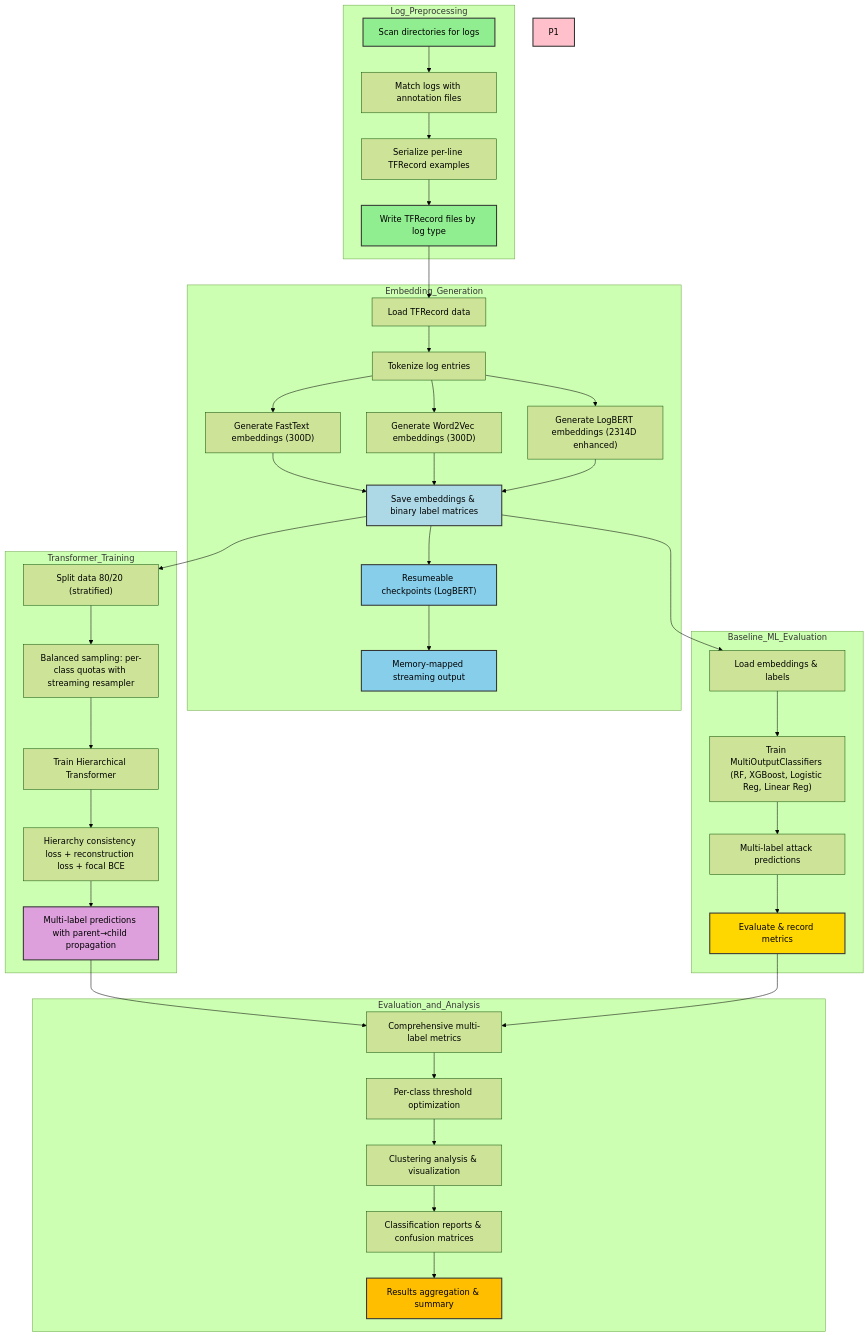
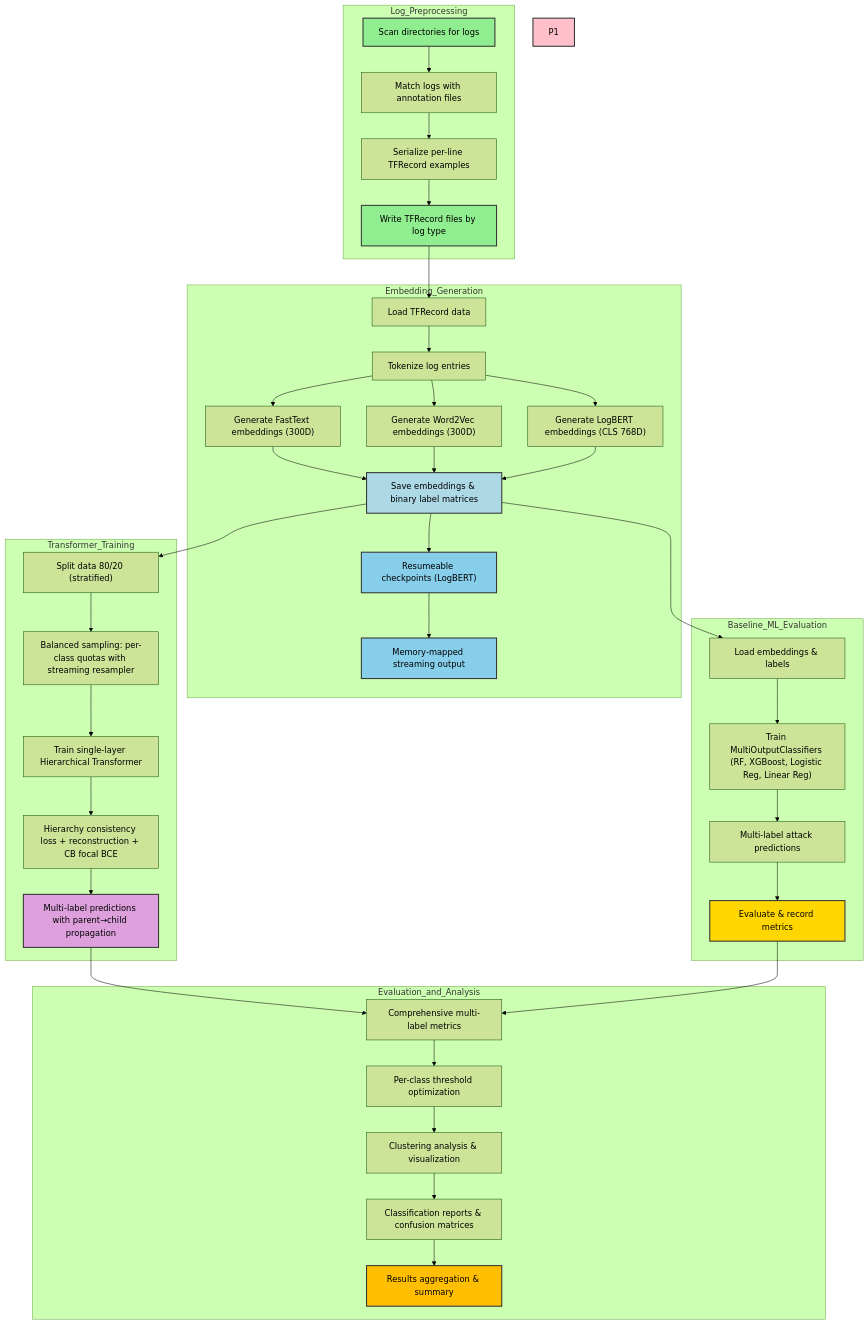
Before and after one commit to 365cent/LBAD: the diagram in Readme.md, drawn with Mermaid (forest theme). The commit also changed other lines of this file, not shown here.

Commit message:
docs: Update Readme to reflect enhancements in preprocessing, embedding generation, and transformer training, including adaptive resampling and project-local caching for improved performance and clarity

````diff
--- a/Readme.md
+++ b/Readme.md
@@ -16,56 +17,56 @@
 ```mermaid
 flowchart TD
     subgraph Log_Preprocessing
         A["Scan directories for logs"] --> B["Match logs with annotation files"]
         B --> C["Serialize per-line TFRecord examples"]
         C --> D["Write TFRecord files by log type"]
     end
 
     subgraph Embedding_Generation
         D --> E1["Load TFRecord data"]
         E1 --> F1["Tokenize log entries"]
         F1 --> G1["Generate FastText embeddings (300D)"]
         F1 --> G2["Generate Word2Vec embeddings (300D)"]
-        F1 --> G3["Generate LogBERT embeddings (2314D enhanced)"]
+        F1 --> G3["Generate LogBERT embeddings (CLS 768D)"]
         G1 --> H1["Save embeddings & binary label matrices"]
         G2 --> H1
         G3 --> H1
         H1 --> H2["Resumeable checkpoints (LogBERT)"]
         H2 --> H3["Memory-mapped streaming output"]
     end
 
     subgraph Transformer_Training
         H1 --> V1["Split data 80/20 (stratified)"]
         V1 --> V2["Balanced sampling: per-class quotas with streaming resampler"]
-        V2 --> V3["Train Hierarchical Transformer"]
-        V3 --> V4["Hierarchy consistency loss + reconstruction loss + focal BCE"]
+        V2 --> V3["Train single-layer Hierarchical Transformer"]
+        V3 --> V4["Hierarchy consistency loss + reconstruction + CB focal BCE"]
         V4 --> Y1["Multi-label predictions with parent→child propagation"]
     end
 
     subgraph Baseline_ML_Evaluation
         H1 --> I1["Load embeddings & labels"]
         I1 --> J1["Train MultiOutputClassifiers (RF, XGBoost, Logistic Reg, Linear Reg)"]
         J1 --> K1["Multi-label attack predictions"]
         K1 --> L1["Evaluate & record metrics"]
     end
 
     subgraph Evaluation_and_Analysis
         Y1 --> S1["Comprehensive multi-label metrics"]
         L1 --> S1
         S1 --> T1["Per-class threshold optimization"]
         T1 --> U1["Clustering analysis & visualization"]
         U1 --> U2["Classification reports & confusion matrices"]
         U2 --> U3["Results aggregation & summary"]
     end
 
     %% Styling
     style A fill:#90EE90,stroke:#333,stroke-width:2px
     style D fill:#90EE90,stroke:#333,stroke-width:2px
     style H1 fill:#ADD8E6,stroke:#333,stroke-width:2px
     style H2 fill:#87CEEB,stroke:#333,stroke-width:2px
     style H3 fill:#87CEEB,stroke:#333,stroke-width:2px
     style Y1 fill:#DDA0DD,stroke:#333,stroke-width:2px
     style L1 fill:#FFD700,stroke:#333,stroke-width:2px
     style P1 fill:#FFC0CB,stroke:#333,stroke-width:2px
     style U3 fill:#FFBF00,stroke:#333,stroke-width:2px
 ```
````
